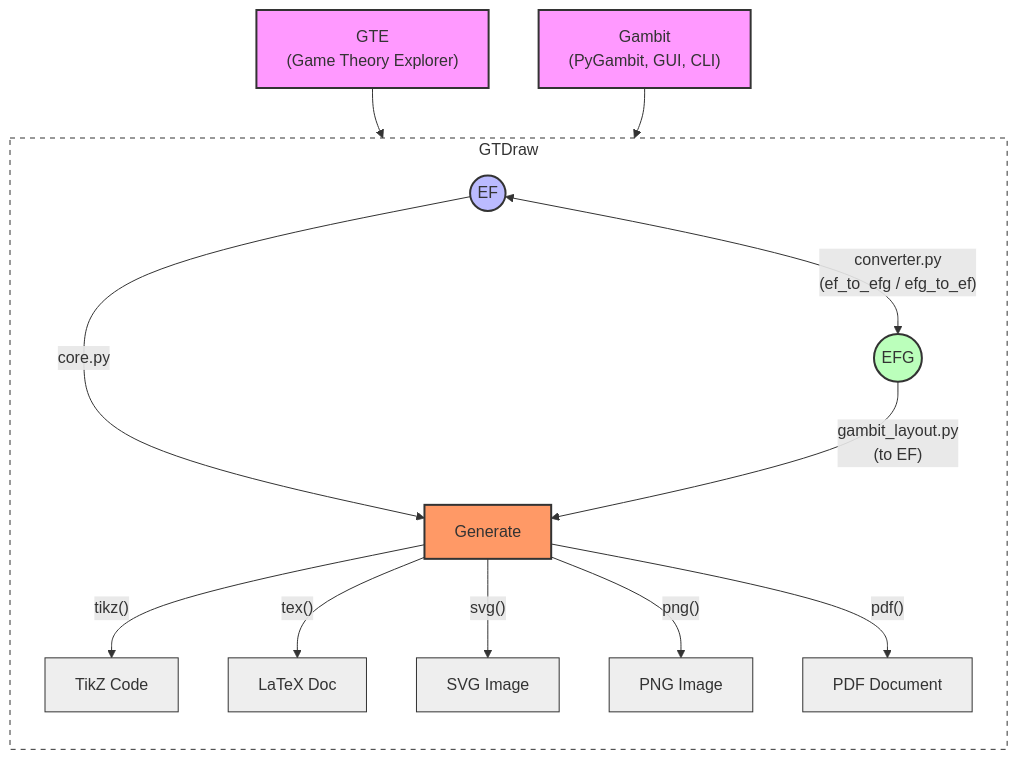
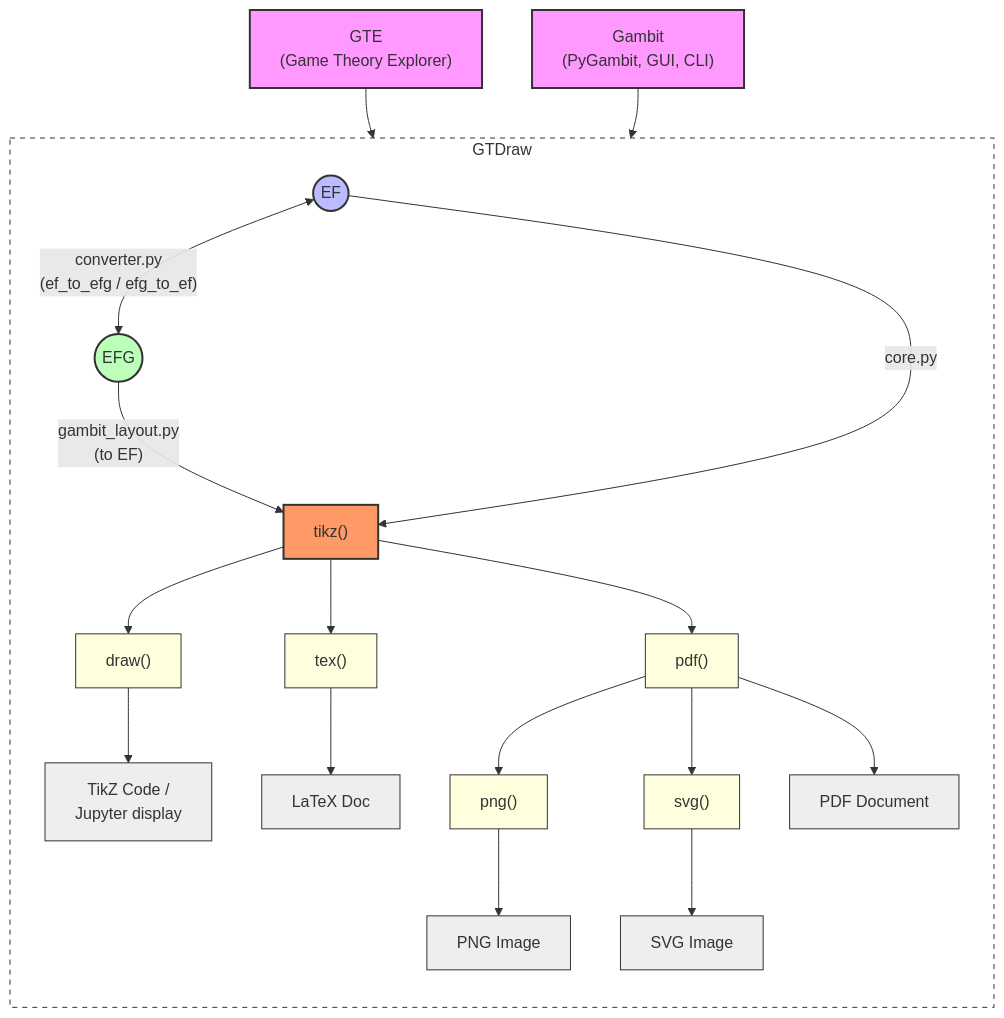
Before and after one commit to gambitproject/gtdraw: the diagram in docs/creating_games.md, drawn with Mermaid. The commit also changed other lines of this file, not shown here.

Commit message:
docs: update architecture diagram in creating_games.md

````diff
--- a/docs/creating_games.md
+++ b/docs/creating_games.md
@@ -12,37 +12,51 @@
 ```{mermaid}
 flowchart TD
     %% Source Inputs
     GTE["GTE <br/> (Game Theory Explorer)"] --> EF((EF))
     Gambit["Gambit <br/> (PyGambit, GUI, CLI)"] --> EFG((EFG))
 
     subgraph GTDraw
         direction TB
-        
+
         %% Conversion Layer
         EF <--> |"converter.py <br/> (ef_to_efg / efg_to_ef)"| EFG
-        
-        %% Processing Layer
-        EF --> |"core.py"| Gen[Generate]
-        EFG --> |"gambit_layout.py <br/> (to EF)"| Gen
-        
-        %% Output Layer
-        Gen --> |"tikz()"| TikZ[TikZ Code]
-        Gen --> |"tex()"| TeX[LaTeX Doc]
-        Gen --> |"svg()"| SVG[SVG Image]
-        Gen --> |"png()"| PNG[PNG Image]
-        Gen --> |"pdf()"| PDF[PDF Document]
+
+        %% core.py entry point
+        EF --> |"core.py"| tikz_fn["tikz()"]
+        EFG --> |"gambit_layout.py <br/> (to EF)"| tikz_fn
+
+        %% Functions that build directly on tikz()
+        tikz_fn --> draw_fn["draw()"]
+        tikz_fn --> tex_fn["tex()"]
+        tikz_fn --> pdf_fn["pdf()"]
+
+        %% Functions that build on pdf()
+        pdf_fn --> png_fn["png()"]
+        pdf_fn --> svg_fn["svg()"]
+
+        %% Output nodes
+        draw_fn --> OUT1["TikZ Code /<br/>Jupyter display"]
+        tex_fn  --> OUT2[LaTeX Doc]
+        pdf_fn  --> OUT3[PDF Document]
+        png_fn  --> OUT4[PNG Image]
+        svg_fn  --> OUT5[SVG Image]
     end
 
     %% Styling
     style GTE fill:#f9f,stroke:#333,stroke-width:2px
     style Gambit fill:#f9f,stroke:#333,stroke-width:2px
     style EF fill:#bbf,stroke:#333,stroke-width:2px
     style EFG fill:#bfb,stroke:#333,stroke-width:2px
-    style Gen fill:#f96,stroke:#333,stroke-width:2px
+    style tikz_fn fill:#f96,stroke:#333,stroke-width:2px
+    style draw_fn fill:#ffd,stroke:#333
+    style tex_fn fill:#ffd,stroke:#333
+    style pdf_fn fill:#ffd,stroke:#333
+    style png_fn fill:#ffd,stroke:#333
+    style svg_fn fill:#ffd,stroke:#333
     style GTDraw fill:#fff,stroke:#333,stroke-dasharray: 5 5
-    style TikZ fill:#eee,stroke:#333
-    style TeX fill:#eee,stroke:#333
-    style SVG fill:#eee,stroke:#333
-    style PNG fill:#eee,stroke:#333
-    style PDF fill:#eee,stroke:#333
+    style OUT1 fill:#eee,stroke:#333
+    style OUT2 fill:#eee,stroke:#333
+    style OUT3 fill:#eee,stroke:#333
+    style OUT4 fill:#eee,stroke:#333
+    style OUT5 fill:#eee,stroke:#333
 ```
````
